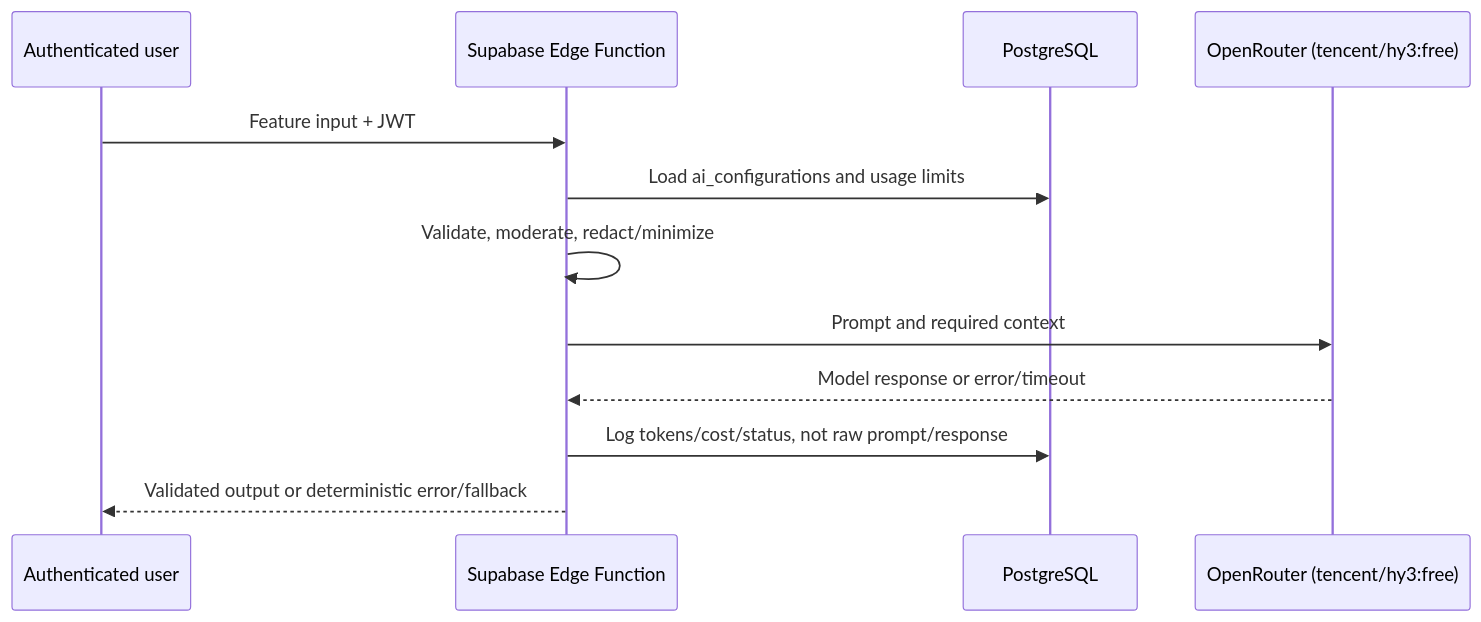
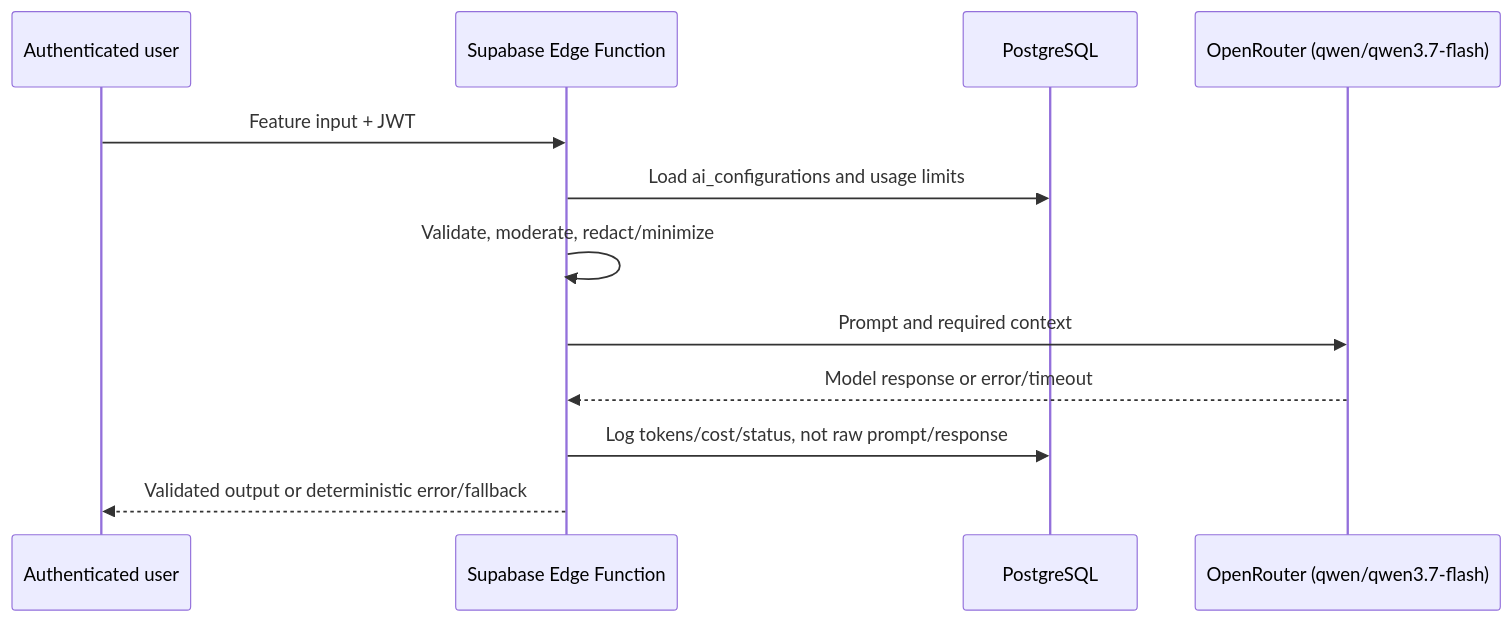
One commit to Jassim3nidad/venora changed the tenth of 10 diagrams in docs/architecture.md. Above: the diagram before and after it, drawn with Mermaid. The commit also changed other lines of this file, not shown here.

Commit message:
docs(architecture): map Qwen provider

````diff
--- a/docs/architecture.md
+++ b/docs/architecture.md
@@ -194,14 +194,14 @@
 ```mermaid
 sequenceDiagram
   participant U as Authenticated user
   participant E as Supabase Edge Function
   participant D as PostgreSQL
-  participant P as OpenRouter (tencent/hy3:free)
+  participant P as OpenRouter (qwen/qwen3.7-flash)
   U->>E: Feature input + JWT
   E->>D: Load ai_configurations and usage limits
   E->>E: Validate, moderate, redact/minimize
   E->>P: Prompt and required context
   P-->>E: Model response or error/timeout
   E->>D: Log tokens/cost/status, not raw prompt/response
   E-->>U: Validated output or deterministic error/fallback
 ```
````
